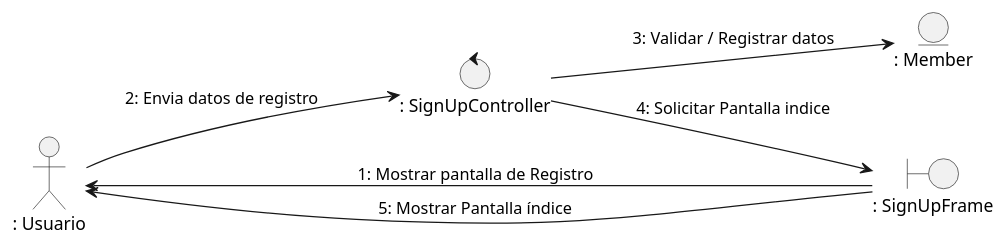
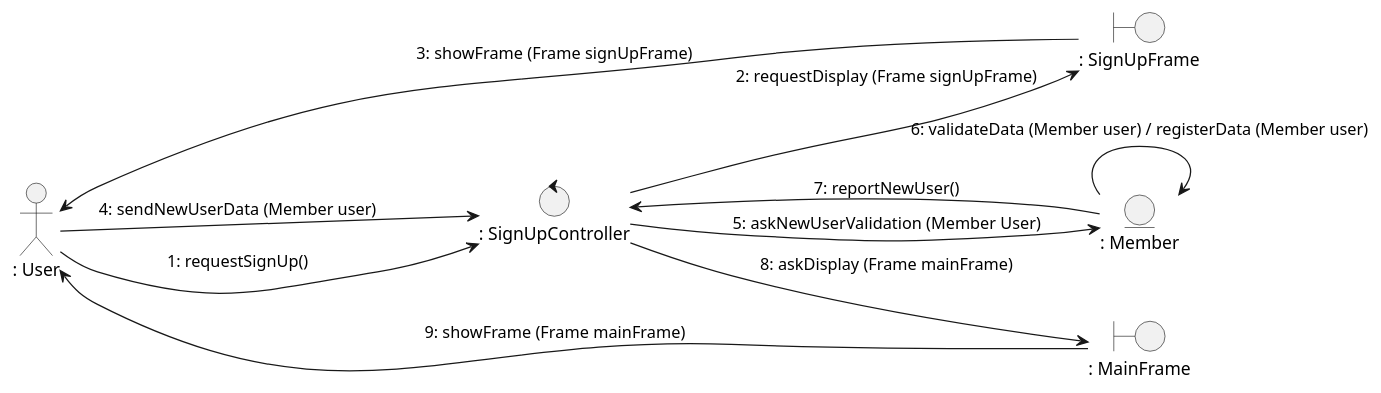
One commit to Danfloca02/ProyectoFacUpdate changed the diagram in docs/logicalView/analysisView/usecaseAnalysis/collaborationDiagram/PlantUML/uc1_signUp.plantuml. Above: the diagram before and after it, drawn with PlantUML. The commit also changed 7 other files, not shown here.

Commit message:
New changes to collaboration diagrams

```diff
--- a/docs/logicalView/analysisView/usecaseAnalysis/collaborationDiagram/PlantUML/uc1_signUp.plantuml
+++ b/docs/logicalView/analysisView/usecaseAnalysis/collaborationDiagram/PlantUML/uc1_signUp.plantuml
@@ -1,17 +1,22 @@
 @startuml uc1_signUp
 
 left to right direction
 
-actor ": Usuario" as user
+actor ": User" as user
 
 entity ": Member" as mod
 boundary ": SignUpFrame" as vis
+boundary ": MainFrame" as main
 control ": SignUpController" as con
 
-vis --> user : 1: Mostrar pantalla de Registro
-user --> con : 2: Envia datos de registro
-con --> mod : 3: Validar / Registrar datos
-con --> vis : 4: Solicitar Pantalla indice
-vis --> user : 5: Mostrar Pantalla índice
+user --> con : 1: requestSignUp()
+con --> vis : 2: requestDisplay (Frame signUpFrame)
+vis --> user : 3: showFrame (Frame signUpFrame)
+user --> con : 4: sendNewUserData (Member user)
+con --> mod : 5: askNewUserValidation (Member User)
+mod --> mod : 6: validateData (Member user) / registerData (Member user)
+mod --> con : 7: reportNewUser() 
+con --> main : 8: askDisplay (Frame mainFrame)
+main --> user : 9: showFrame (Frame mainFrame)
 
 @enduml
```
